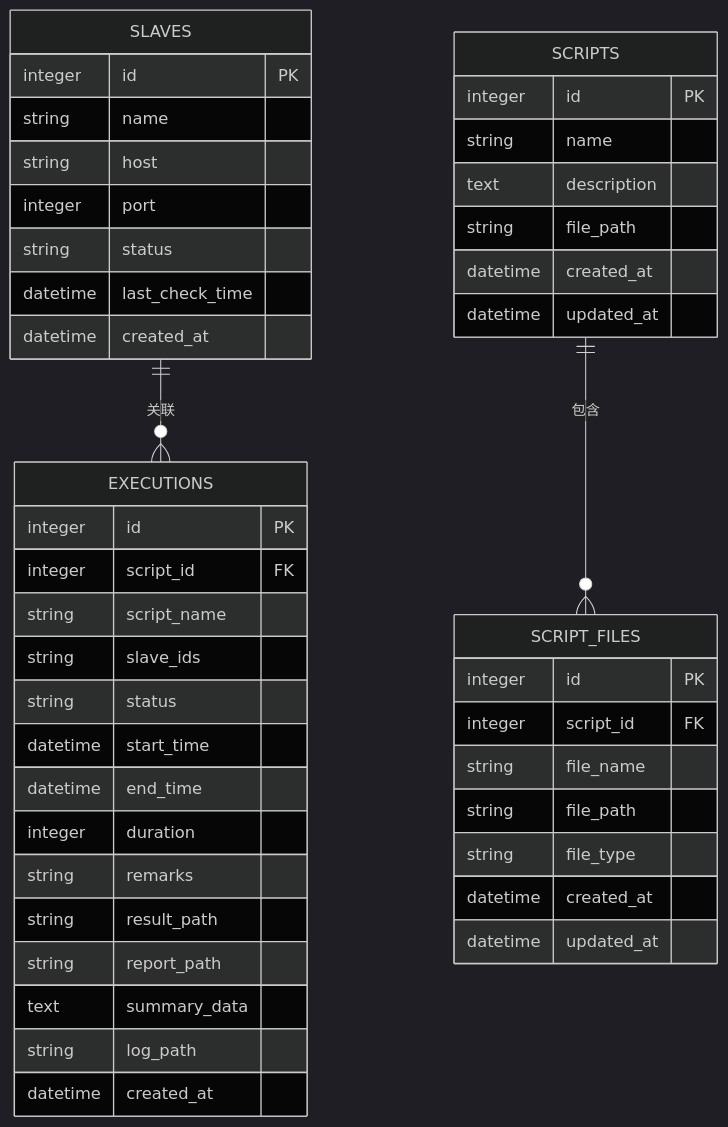
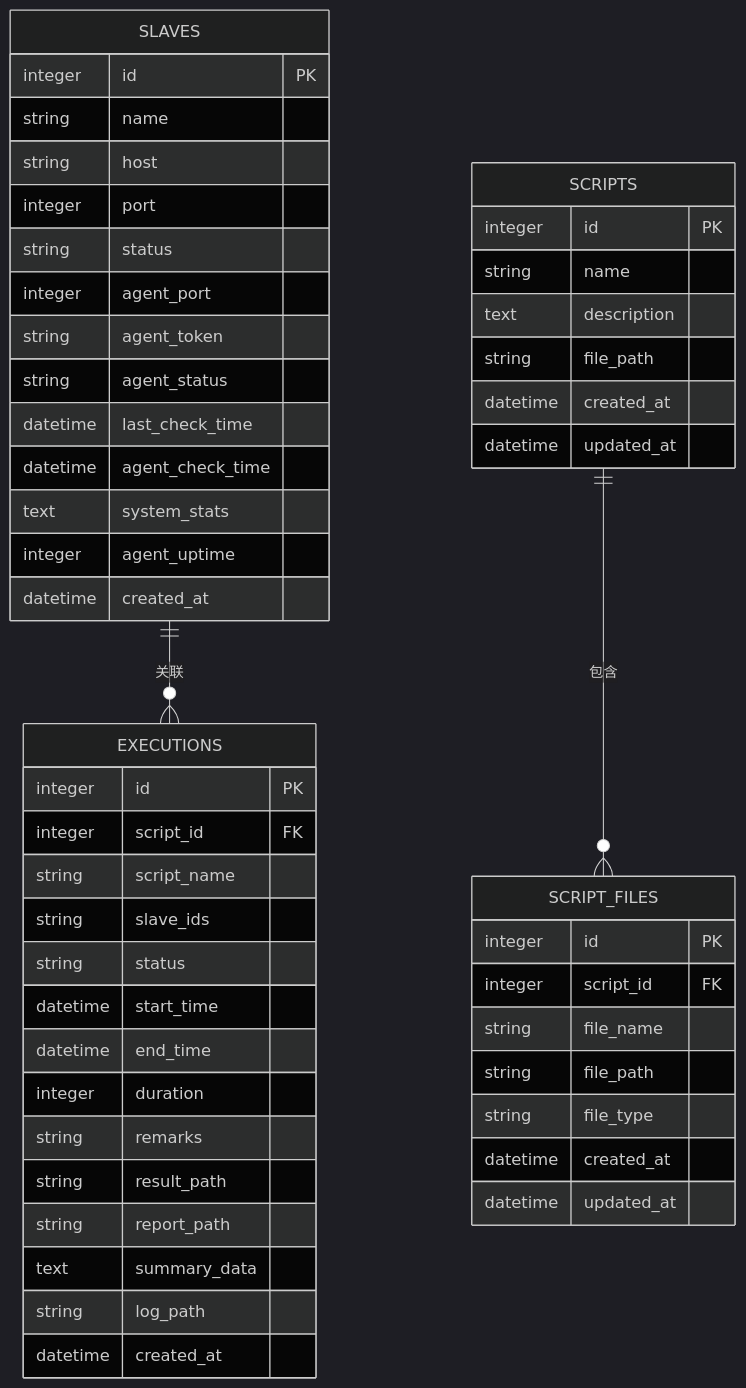
Diagram 14 of 15 in .qoder/repowiki/zh/content/核心业务模块/Slave节点管理系统/Slave节点管理系统.md (Liyuhao02/Jmeter-Admin), drawn with Mermaid (dark theme) before and after one commit. The commit also changed other lines of this file and 13 other files, not shown here.

````diff
--- a/.qoder/repowiki/zh/content/核心业务模块/Slave节点管理系统/Slave节点管理系统.md
+++ b/.qoder/repowiki/zh/content/核心业务模块/Slave节点管理系统/Slave节点管理系统.md
@@ -446,47 +564,53 @@
 ```mermaid
 erDiagram
 SLAVES {
 integer id PK
 string name
 string host
 integer port
 string status
+integer agent_port
+string agent_token
+string agent_status
 datetime last_check_time
+datetime agent_check_time
+text system_stats
+integer agent_uptime
 datetime created_at
 }
 EXECUTIONS {
 integer id PK
 integer script_id FK
 string script_name
 string slave_ids
 string status
 datetime start_time
 datetime end_time
 integer duration
 string remarks
 string result_path
 string report_path
 text summary_data
 string log_path
 datetime created_at
 }
 SCRIPTS {
 integer id PK
 string name
 text description
 string file_path
 datetime created_at
 datetime updated_at
 }
 SCRIPT_FILES {
 integer id PK
 integer script_id FK
 string file_name
 string file_path
 string file_type
 datetime created_at
 datetime updated_at
 }
 SLAVES ||--o{ EXECUTIONS : "关联"
 SCRIPTS ||--o{ SCRIPT_FILES : "包含"
 ```
````
